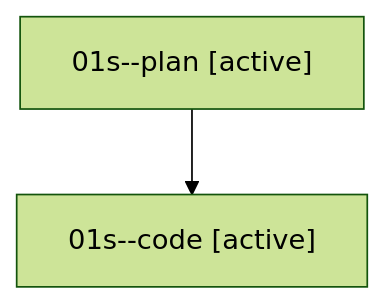
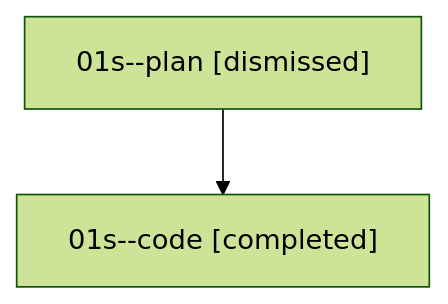
One commit to bobs-org/bob-cli--agents changed the diagram in families/bbugyi200.athena.01s.md. Above: the diagram before and after it, drawn with Mermaid (forest theme). The commit also changed other lines of this file and 265 other files, not shown here.

````diff
--- a/families/bbugyi200.athena.01s.md
+++ b/families/bbugyi200.athena.01s.md
@@ -9,6 +9,6 @@
 ```mermaid
 flowchart TD
-  n0["01s--plan [active]"]
-  n1["01s--code [active]"]
+  n0["01s--plan [dismissed]"]
+  n1["01s--code [completed]"]
   n0 --> n1
 ```
````
